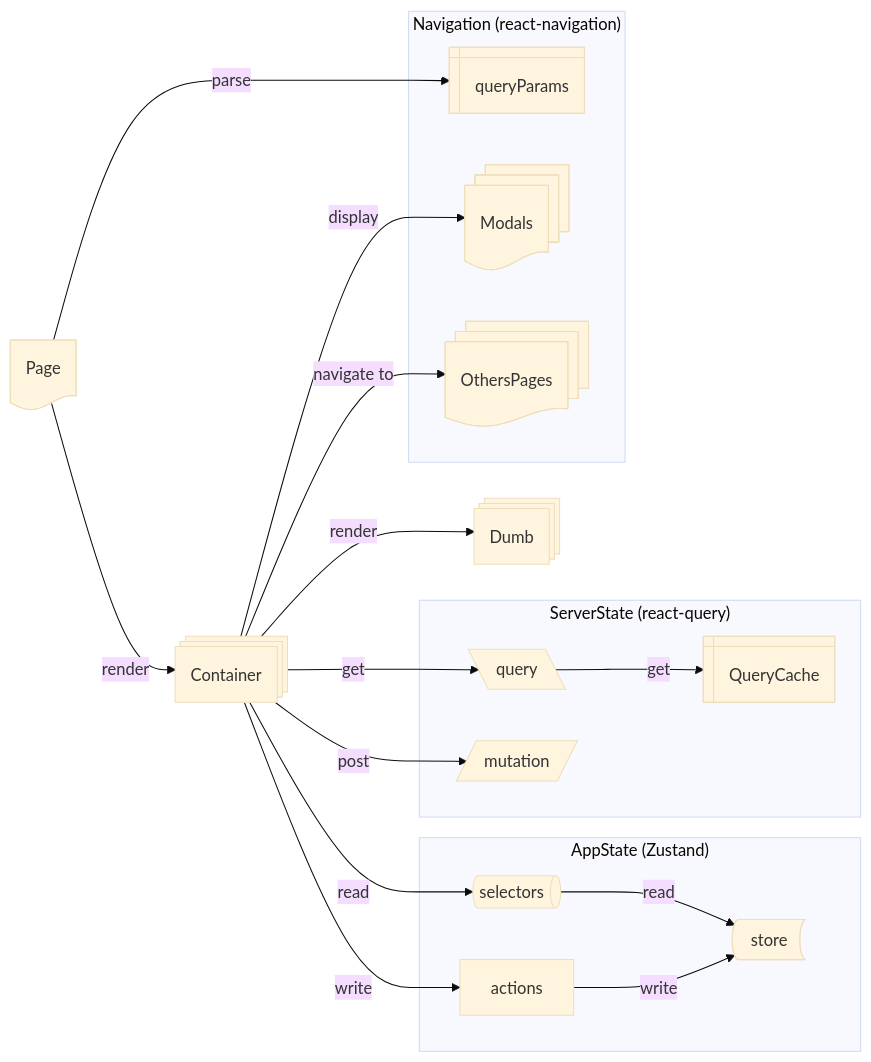
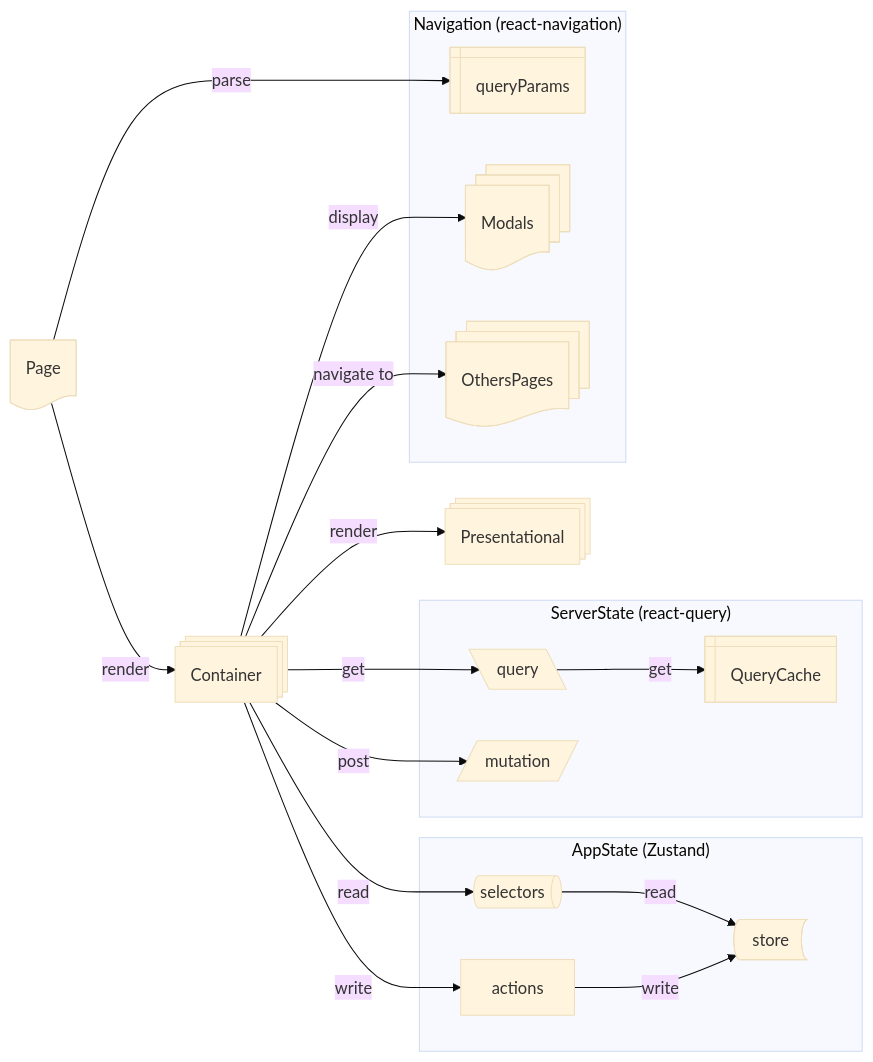
Before and after one commit to pass-culture/pass-culture-app-native: the diagram in doc/architecture/vue-d-ensemble.md, drawn with Mermaid (base theme). The commit also changed 2 other files, not shown here.

Commit message:
dumb -> presentational

````diff
--- a/doc/architecture/vue-d-ensemble.md
+++ b/doc/architecture/vue-d-ensemble.md
@@ -3,36 +3,36 @@
 ```mermaid
 flowchart LR
   subgraph AppState["AppState (Zustand)"]
     selectors@{ shape: das }
     actions
     store@{ shape: bow-rect }
 
     selectors -->|read| store
     actions -->|write| store
   end
 
   subgraph ServerState["ServerState (react-query)"]
     query@{ shape: lean-l }
     mutation@{ shape: lean-r }
 
     query -->|get| QueryCache@{ shape: win-pane }
   end
 
   subgraph Navigation["Navigation (react-navigation)"]
     queryParams@{ shape: win-pane }
     Modals@{ shape: processes }
     OthersPages@{ shape: processes }
   end
 
   Page@{ shape: doc }
   -->|render| Container@{ shape: processes }
-  -->|render| Dumb@{ shape: processes }
+  -->|render| Presentational@{ shape: processes }
 
   Page -->|parse| queryParams
   Container -->|read| selectors
   Container -->|write| actions
   Container -->|get| query
   Container -->|post| mutation
   Container -->|display| Modals@{ shape: docs }
   Container -->|navigate to| OthersPages@{ shape: docs }
 ```
````
